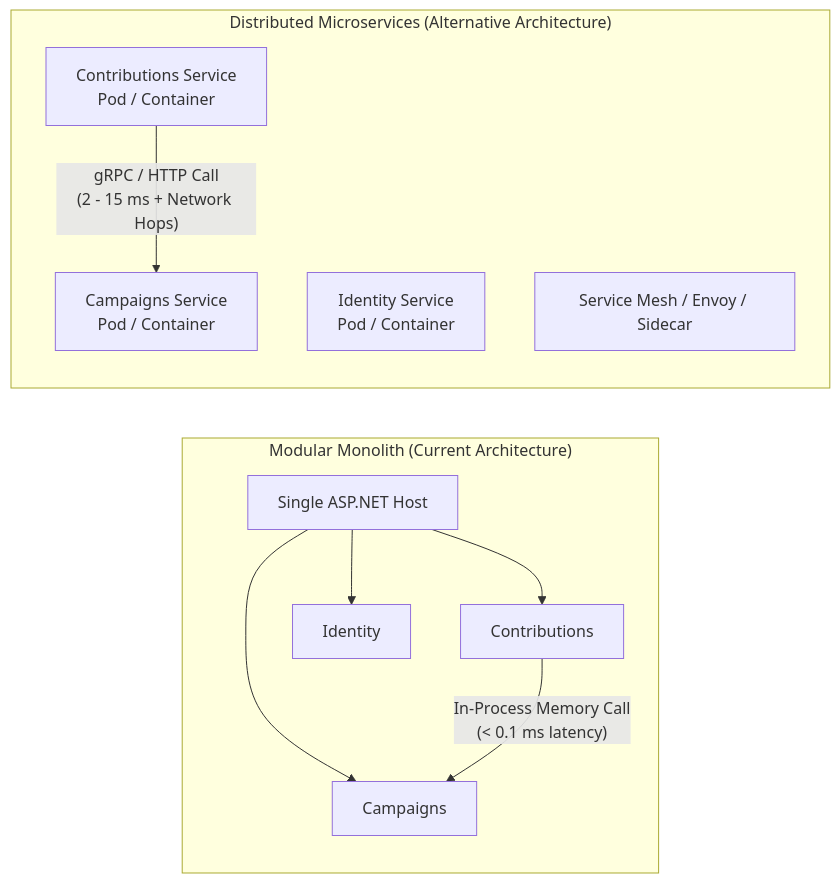
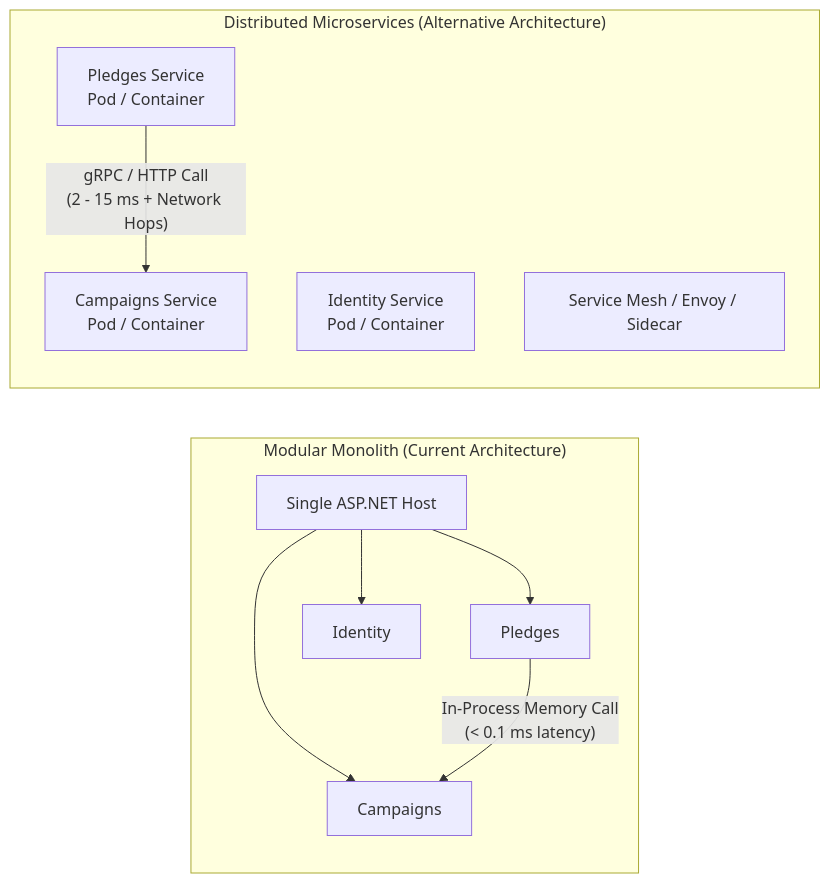
One commit to maysamgamini/crowdfundinghub changed the second of 14 diagrams in docs/TRADE_OFFS_AND_LIMITATIONS.md. Above: the diagram before and after it, drawn with Mermaid. The commit also changed other lines of this file and 571 other files, not shown here.

````diff
--- a/docs/TRADE_OFFS_AND_LIMITATIONS.md
+++ b/docs/TRADE_OFFS_AND_LIMITATIONS.md
@@ -115,23 +115,23 @@
 ```mermaid
 graph LR
     subgraph "Modular Monolith (Current Architecture)"
         direction TB
         API["Single ASP.NET Host"]
         M1["Campaigns"]
-        M2["Contributions"]
+        M2["Pledges"]
         M3["Identity"]
         API --> M1
         API --> M2
         API --> M3
         M2 -- "In-Process Memory Call<br/>(< 0.1 ms latency)" --> M1
     end
 
     subgraph "Distributed Microservices (Alternative Architecture)"
         direction TB
         S1["Campaigns Service<br/>Pod / Container"]
-        S2["Contributions Service<br/>Pod / Container"]
+        S2["Pledges Service<br/>Pod / Container"]
         S3["Identity Service<br/>Pod / Container"]
         S2 -- "gRPC / HTTP Call<br/>(2 - 15 ms + Network Hops)" --> S1
         Mesh["Service Mesh / Envoy / Sidecar"]
     end
 ```
````
